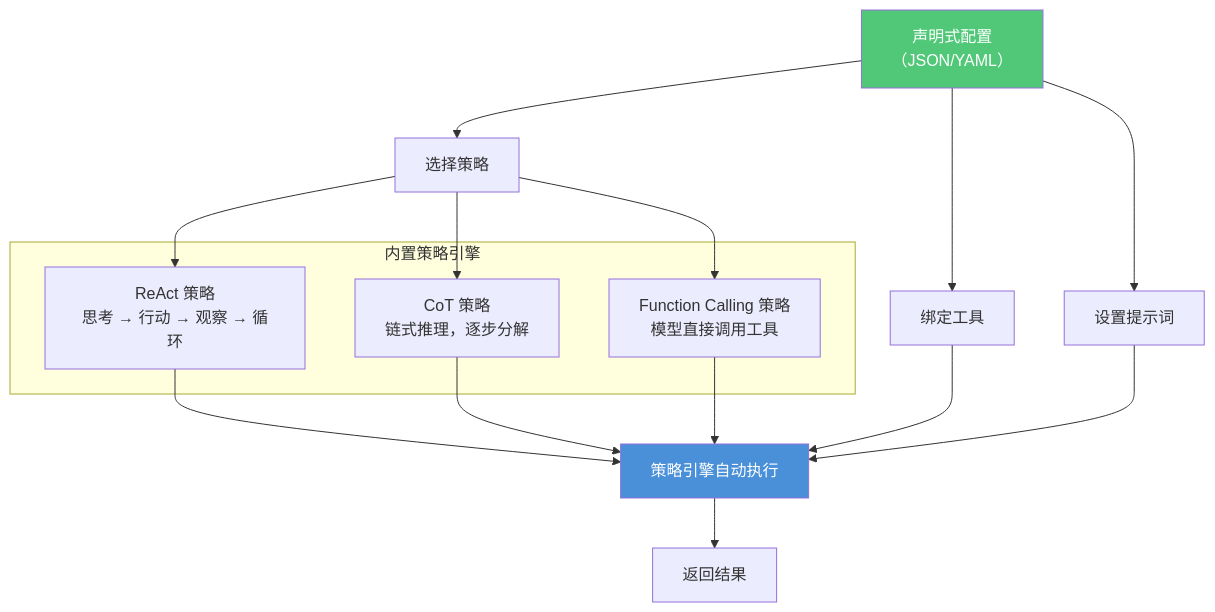
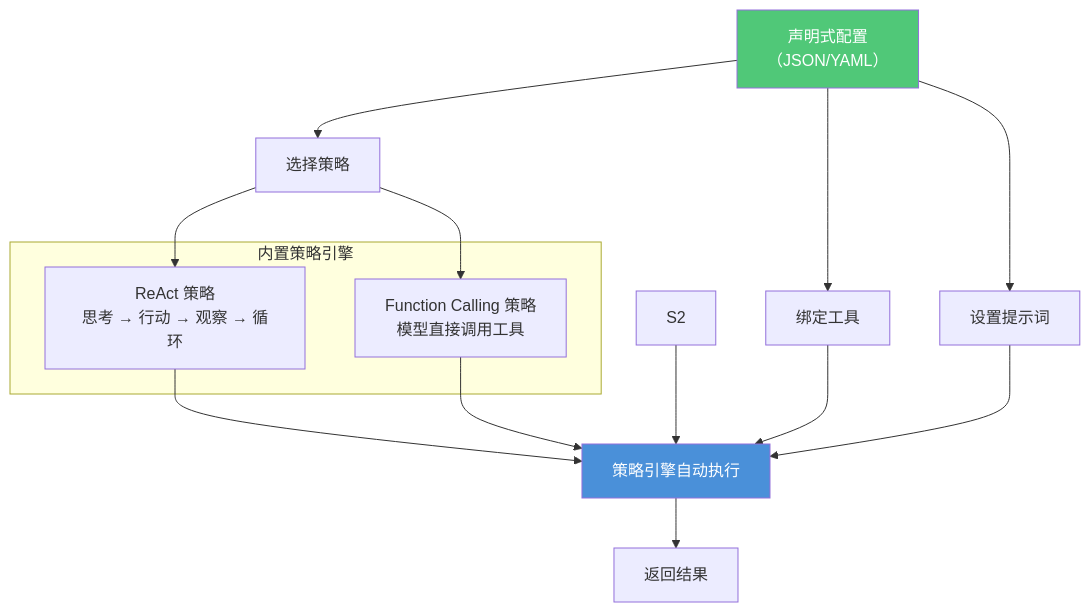
Before and after one commit to heelynn/artipivot: the sixth of 20 diagrams in plan/DESIGN.md, drawn with Mermaid. The commit also changed other lines of this file and 20 other files, not shown here.

````diff
--- a/plan/DESIGN.md
+++ b/plan/DESIGN.md
@@ -563,27 +562,25 @@
 ```mermaid
 flowchart TD
     subgraph Strategies["内置策略引擎"]
         S1["ReAct 策略<br/>思考 → 行动 → 观察 → 循环"]
-        S2["CoT 策略<br/>链式推理，逐步分解"]
         S3["Function Calling 策略<br/>模型直接调用工具"]
     end
 
     Config["声明式配置<br/>（JSON/YAML）"] --> Select["选择策略"]
     Select --> S1
-    Select --> S2
     Select --> S3
 
     Config --> Bind["绑定工具"]
     Config --> Prompt["设置提示词"]
 
     S1 --> Engine["策略引擎自动执行"]
     S2 --> Engine
     S3 --> Engine
     Bind --> Engine
     Prompt --> Engine
 
     Engine --> Result["返回结果"]
 
     style Config fill:#50C878,color:#fff
     style Engine fill:#4A90D9,color:#fff
 ```
````
